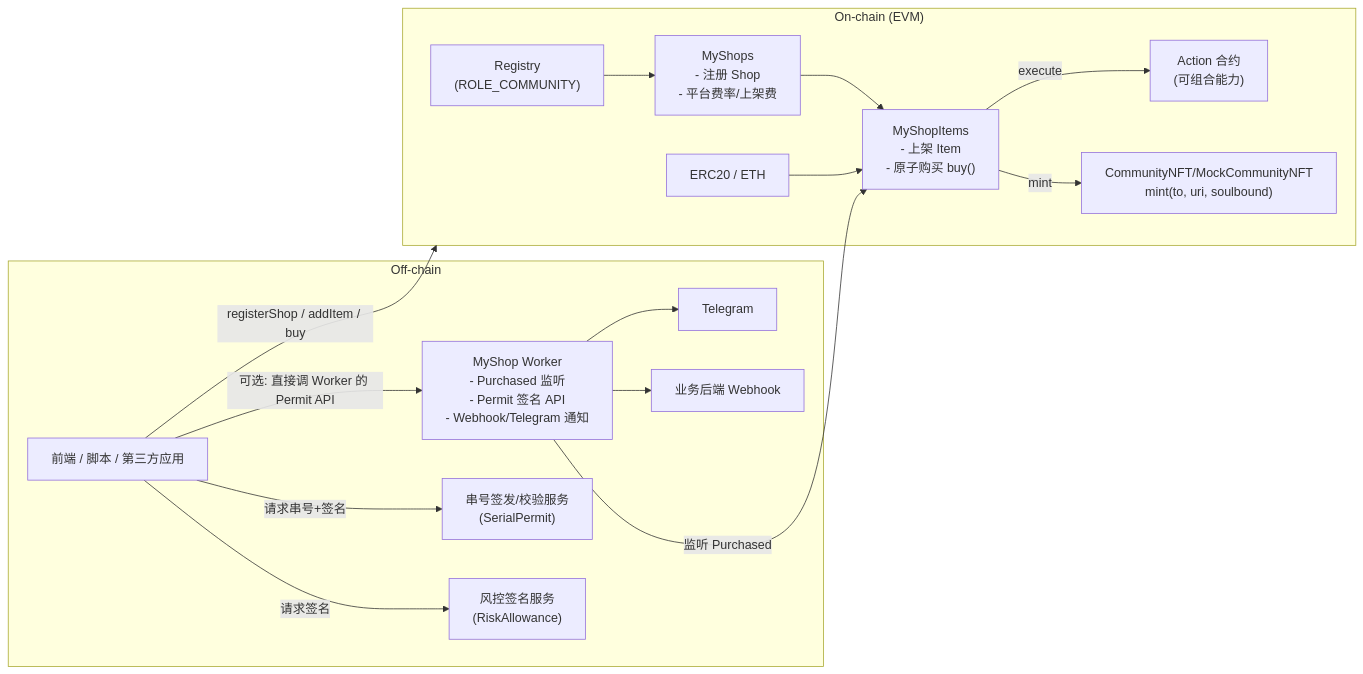
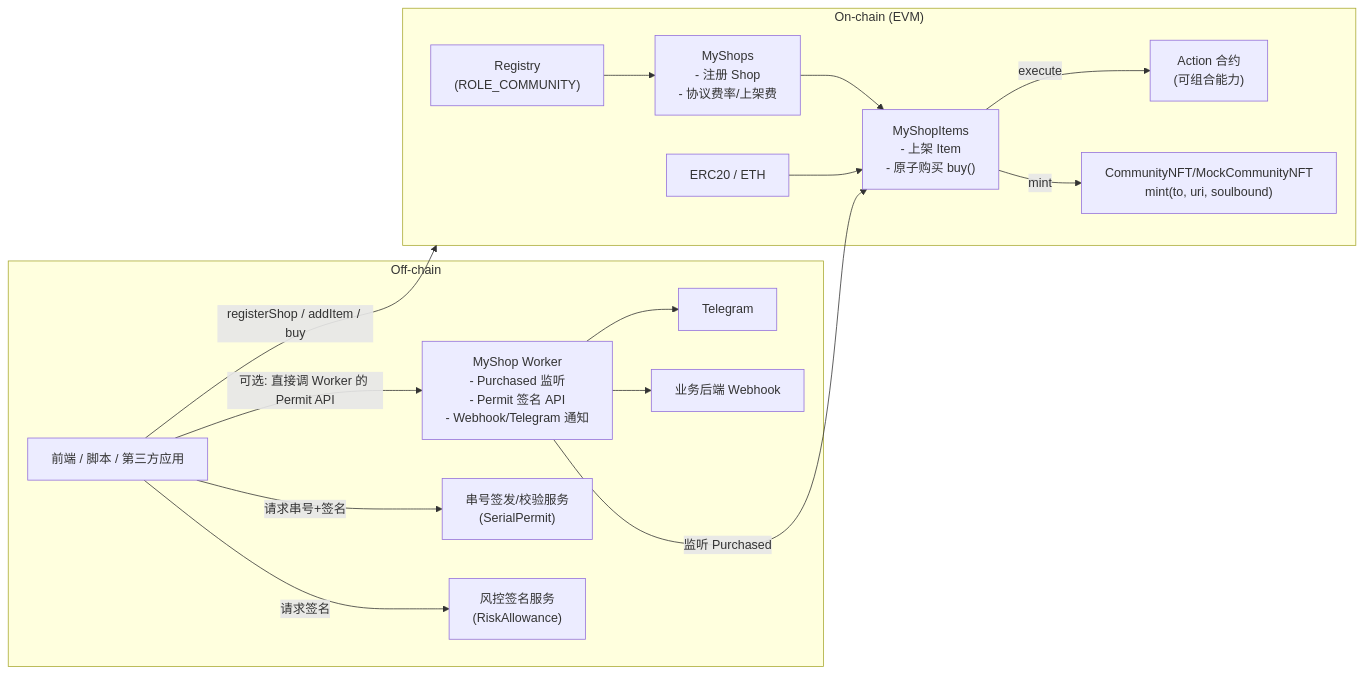
Before and after one commit to jhfnetboy/MyShop: the first of 4 diagrams in README.md, drawn with Mermaid. The commit also changed other lines of this file and 4 other files, not shown here.

````diff
--- a/README.md
+++ b/README.md
@@ -5,33 +5,33 @@
 ```mermaid
 flowchart LR
   subgraph Offchain["Off-chain"]
     UI["前端 / 脚本 / 第三方应用"]
-    RiskSvc["风控签名服务\n(RiskAllowance)"]
-    SerialSvc["串号签发/校验服务\n(SerialPermit)"]
-    Worker["MyShop Worker\n- Purchased 监听\n- Permit 签名 API\n- Webhook/Telegram 通知"]
+    RiskSvc["风控签名服务<br/>(RiskAllowance)"]
+    SerialSvc["串号签发/校验服务<br/>(SerialPermit)"]
+    Worker["MyShop Worker<br/>- Purchased 监听<br/>- Permit 签名 API<br/>- Webhook/Telegram 通知"]
     Webhook["业务后端 Webhook"]
     Tg["Telegram"]
   end
 
   subgraph Onchain["On-chain (EVM)"]
-    Registry["Registry\n(ROLE_COMMUNITY)"]
-    Shops["MyShops\n- 注册 Shop\n- 平台费率/上架费"]
-    Items["MyShopItems\n- 上架 Item\n- 原子购买 buy()"]
-    NFT["CommunityNFT/MockCommunityNFT\nmint(to, uri, soulbound)"]
-    Action["Action 合约\n(可组合能力)"]
+    Registry["Registry<br/>(ROLE_COMMUNITY)"]
+    Shops["MyShops<br/>- 注册 Shop<br/>- 协议费率/上架费"]
+    Items["MyShopItems<br/>- 上架 Item<br/>- 原子购买 buy()"]
+    NFT["CommunityNFT/MockCommunityNFT<br/>mint(to, uri, soulbound)"]
+    Action["Action 合约<br/>(可组合能力)"]
     PayToken["ERC20 / ETH"]
   end
 
   UI -->|"registerShop / addItem / buy"| Onchain
   Registry --> Shops
   Shops --> Items
   Items -->|"mint"| NFT
   Items -->|"execute"| Action
   UI -->|"请求签名"| RiskSvc
   UI -->|"请求串号+签名"| SerialSvc
   Worker -->|"监听 Purchased"| Items
   Worker --> Webhook
   Worker --> Tg
   UI -->|"可选: 直接调 Worker 的 Permit API"| Worker
   PayToken --> Items
 ```
````
